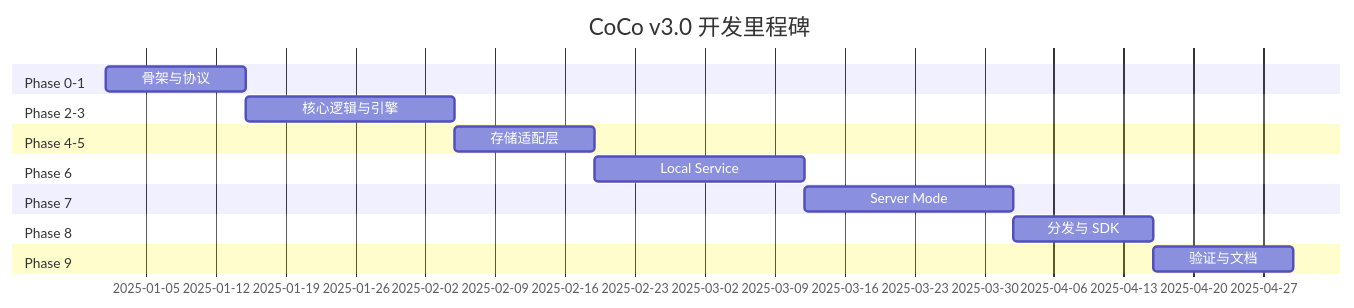
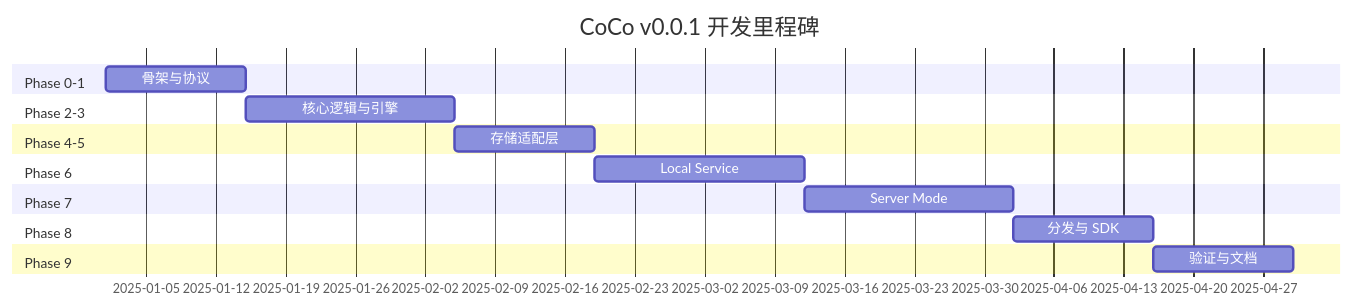
One commit to shiertier/coco changed the eighth of 8 diagrams in tasks.md. Above: the diagram before and after it, drawn with Mermaid. The commit also changed other lines of this file and 30 other files, not shown here.

````diff
--- a/tasks.md
+++ b/tasks.md
@@ -1812,19 +1812,19 @@
 ```mermaid
 gantt
-    title CoCo v3.0 开发里程碑
+    title CoCo v0.0.1 开发里程碑
     dateFormat  YYYY-MM-DD
     section Phase 0-1
     骨架与协议    :p0, 2025-01-01, 2w
     section Phase 2-3
     核心逻辑与引擎 :p1, after p0, 3w
     section Phase 4-5
     存储适配层    :p2, after p1, 2w
     section Phase 6
     Local Service :p3, after p2, 3w
     section Phase 7
     Server Mode   :p4, after p3, 3w
     section Phase 8
     分发与 SDK   :p5, after p4, 2w
     section Phase 9
     验证与文档   :p6, after p5, 2w
 ```
````
